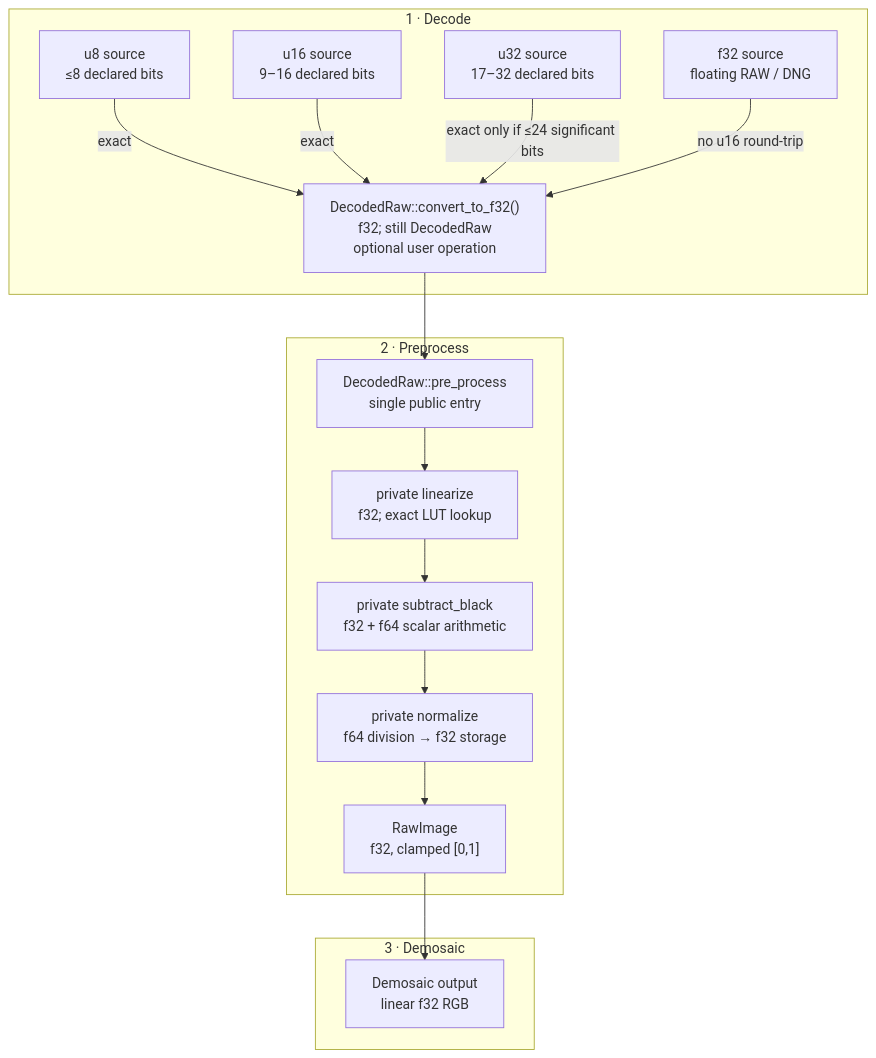
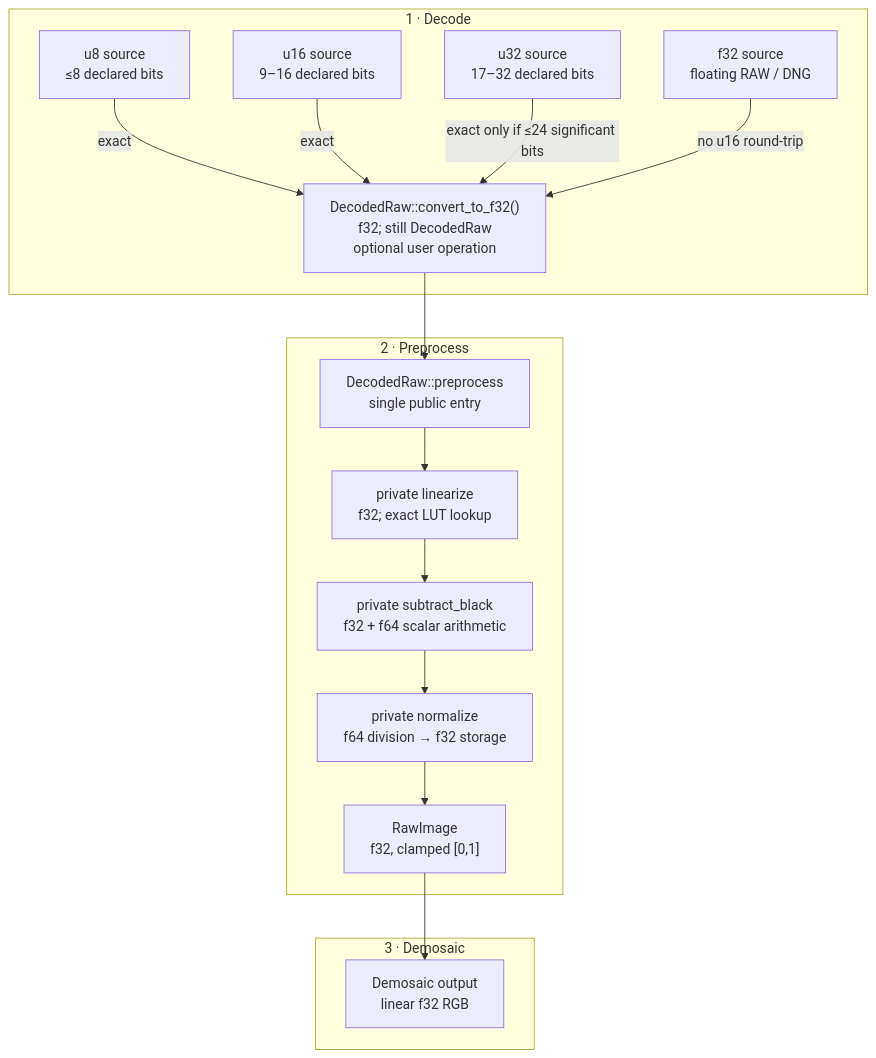
The diagram in docs/raw-pipeline/precision.md (Glatzel/fornax), drawn with Mermaid before and after one commit. The commit also changed other lines of this file and 21 other files, not shown here.

````diff
--- a/docs/raw-pipeline/precision.md
+++ b/docs/raw-pipeline/precision.md
@@ -10,34 +10,34 @@
 ```mermaid
 flowchart TD
     subgraph DecodePhase["1 · Decode"]
         U8["u8 source\n≤8 declared bits"]
         U16["u16 source\n9–16 declared bits"]
         U32["u32 source\n17–32 declared bits"]
         F32S["f32 source\nfloating RAW / DNG"]
         Work["DecodedRaw::convert_to_f32()\nf32; still DecodedRaw\noptional user operation"]
     end
 
     U8 -->|exact| Work
     U16 -->|exact| Work
     U32 -->|"exact only if ≤24 significant bits"| Work
     F32S -->|no u16 round-trip| Work
 
     subgraph PreprocessPhase["2 · Preprocess"]
-        Preprocess["DecodedRaw::pre_process\nsingle public entry"]
+        Preprocess["DecodedRaw::preprocess\nsingle public entry"]
         Linear["private linearize\nf32; exact LUT lookup"]
         Subtract["private subtract_black\nf32 + f64 scalar arithmetic"]
         Normalize["private normalize\nf64 division → f32 storage"]
         Ready["RawImage\nf32, clamped [0,1]"]
     end
 
     subgraph DemosaicPhase["3 · Demosaic"]
         Demo["Demosaic output\nlinear f32 RGB"]
     end
 
     Work --> Preprocess
     Preprocess --> Linear
     Linear --> Subtract
     Subtract --> Normalize
     Normalize --> Ready
     Ready --> Demo
 ```
````
